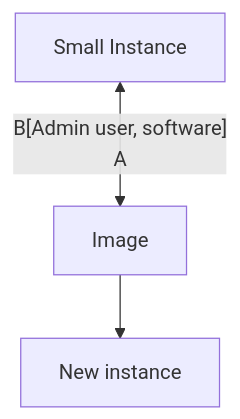
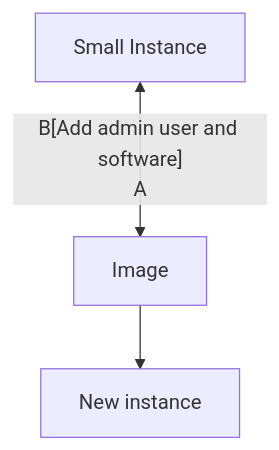
Before and after one commit to AntibodyEngineers/2024-Antibodies-and-AI: the diagram in getting-started.md, drawn with Mermaid.

````diff
--- a/getting-started.md
+++ b/getting-started.md
@@ -7,7 +7,7 @@
 ```mermaid
     flowchart TD
     
-    A[Small Instance] <-- B[Admin user, software]
+    A[Small Instance] <-- B[Add admin user and software]
     A-->C[Image] --> D[New instance]
 
 ```
````
